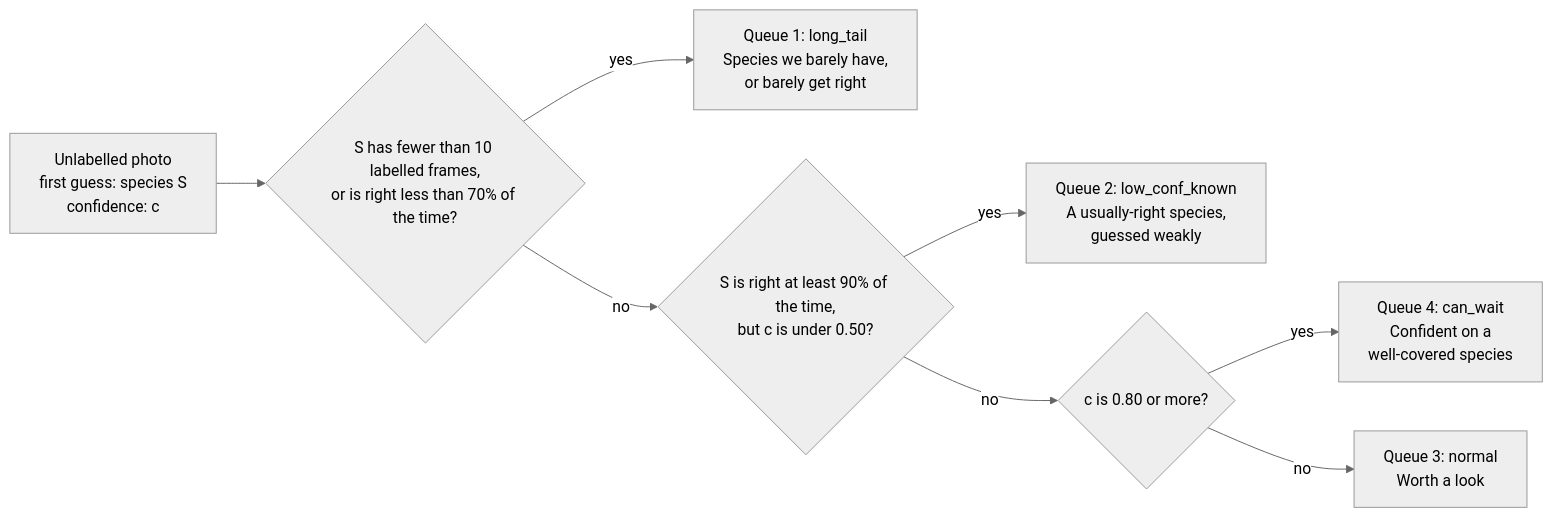
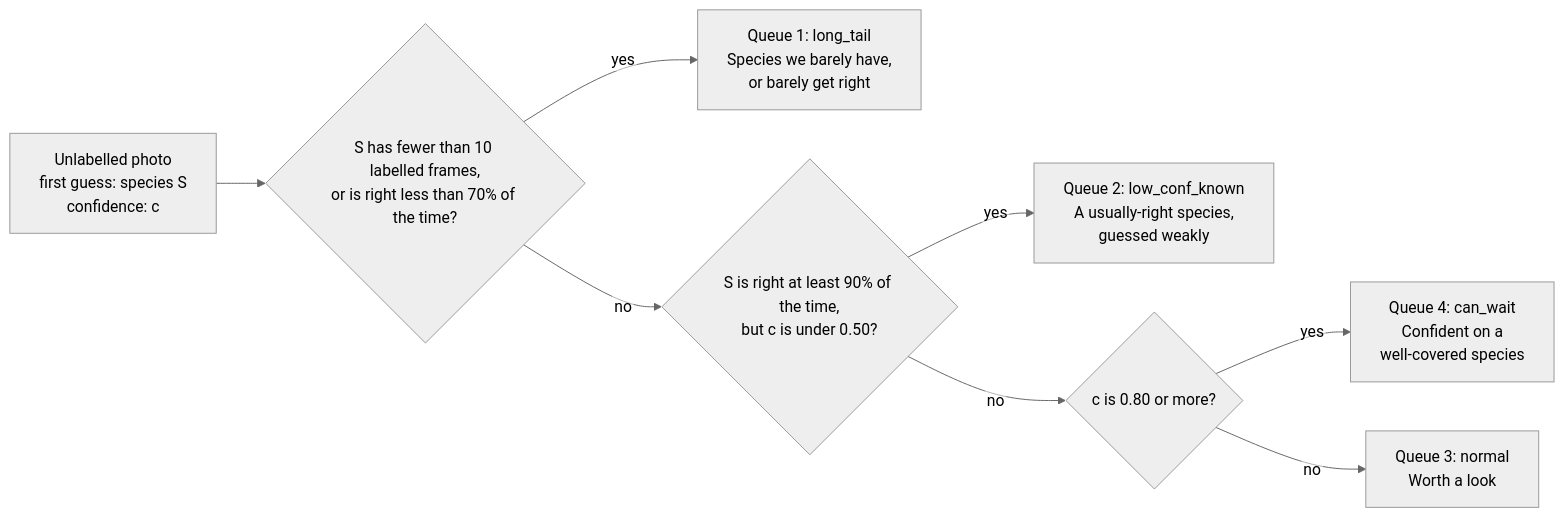
One commit to traitlab/bci-dashboard changed the second of 5 diagrams in README.md. Above: the diagram before and after it, drawn with Mermaid (neutral theme). The commit also changed other lines of this file, not shown here.

Commit message:
docs(readme): render flowchart labels as SVG text so GitHub does not clip them (#131)

````diff
--- a/README.md
+++ b/README.md
@@ -43,11 +44,12 @@
 ```mermaid
+%%{init: {"flowchart": {"htmlLabels": false}}}%%
 flowchart LR
     photo["Unlabelled photo<br/>first guess: species S<br/>confidence: c"]
     photo --> t1{"S has fewer than 10 labelled frames,<br/>or is right less than 70% of the time?"}
     t1 -- yes --> q1["Queue 1: long_tail<br/>Species we barely have,<br/>or barely get right"]
     t1 -- no --> t2{"S is right at least 90% of the time,<br/>but c is under 0.50?"}
     t2 -- yes --> q2["Queue 2: low_conf_known<br/>A usually-right species,<br/>guessed weakly"]
     t2 -- no --> t3{"c is 0.80 or more?"}
     t3 -- yes --> q4["Queue 4: can_wait<br/>Confident on a<br/>well-covered species"]
     t3 -- no --> q3["Queue 3: normal<br/>Worth a look"]
 ```
````
